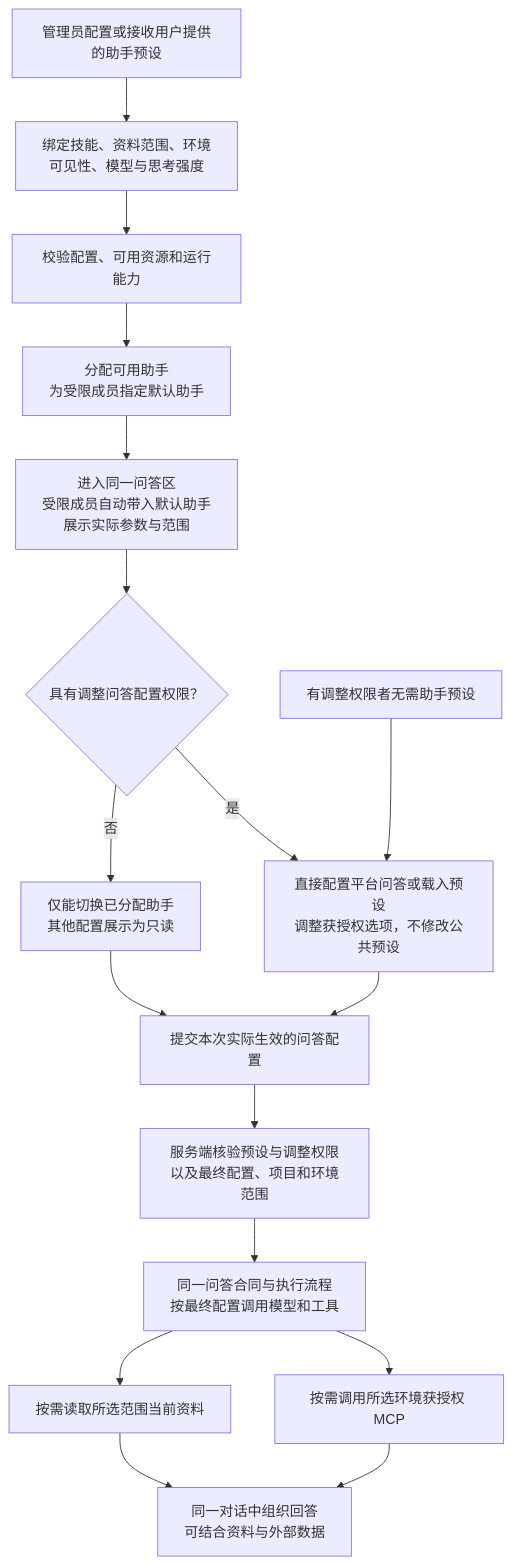
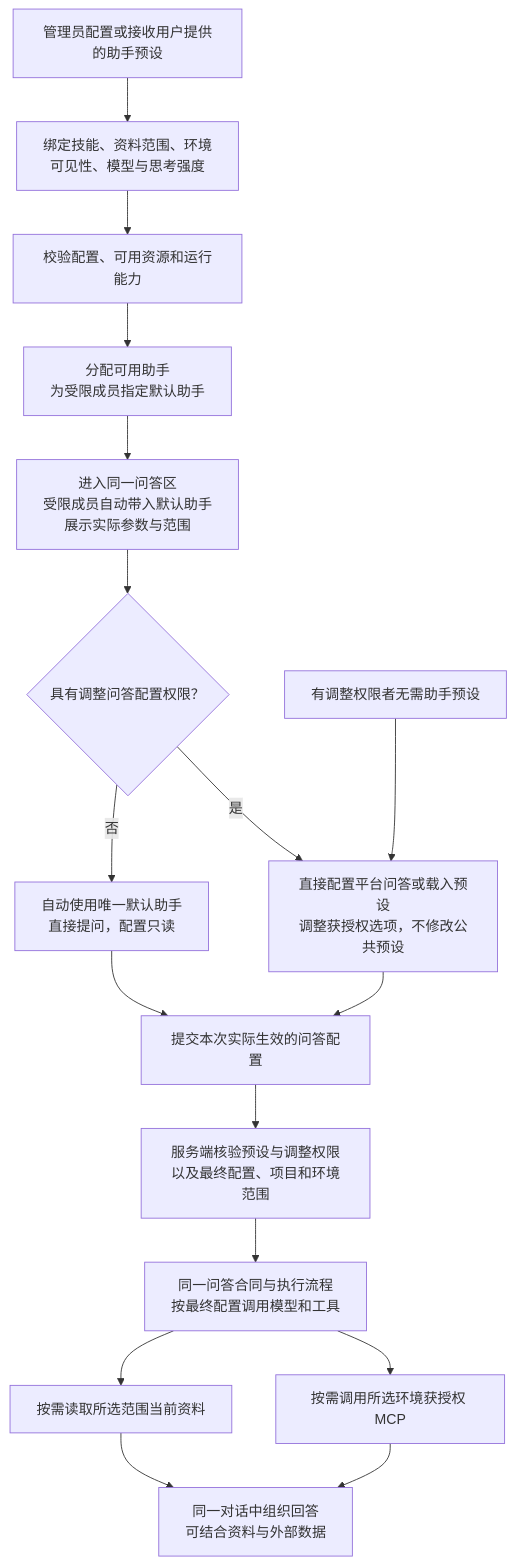
Before and after one commit to coco-ari/CodeMinificationRepository: the fifth of 9 diagrams in examples/project-workbench-design.md, drawn with Mermaid. The commit also changed other lines of this file and 3 other files, not shown here.

````diff
--- a/examples/project-workbench-design.md
+++ b/examples/project-workbench-design.md
@@ -222,19 +224,19 @@
 ```mermaid
 flowchart TB
     A["管理员配置或接收用户提供的助手预设"] --> B["绑定技能、资料范围、环境<br/>可见性、模型与思考强度"]
     B --> C["校验配置、可用资源和运行能力"]
     C --> D["分配可用助手<br/>为受限成员指定默认助手"]
     D --> E["进入同一问答区<br/>受限成员自动带入默认助手<br/>展示实际参数与范围"]
     E --> P{"具有调整问答配置权限？"}
-    P -- "否" --> L["仅能切换已分配助手<br/>其他配置展示为只读"]
+    P -- "否" --> L["自动使用唯一默认助手<br/>直接提问，配置只读"]
     P -- "是" --> H["直接配置平台问答或载入预设<br/>调整获授权选项，不修改公共预设"]
     U["有调整权限者无需助手预设"] --> H
     L --> V["提交本次实际生效的问答配置"]
     H --> V
     V --> S["服务端核验预设与调整权限<br/>以及最终配置、项目和环境范围"]
     S --> Q["同一问答合同与执行流程<br/>按最终配置调用模型和工具"]
     Q --> W["按需读取所选范围当前资料"]
     Q --> M["按需调用所选环境获授权 MCP"]
     W --> O["同一对话中组织回答<br/>可结合资料与外部数据"]
     M --> O
 ```
````
